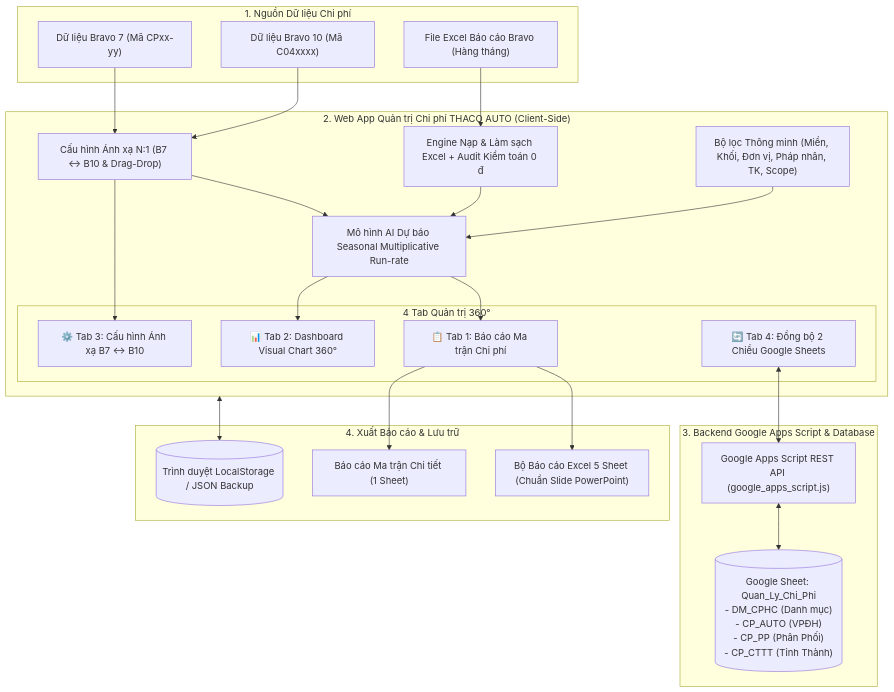
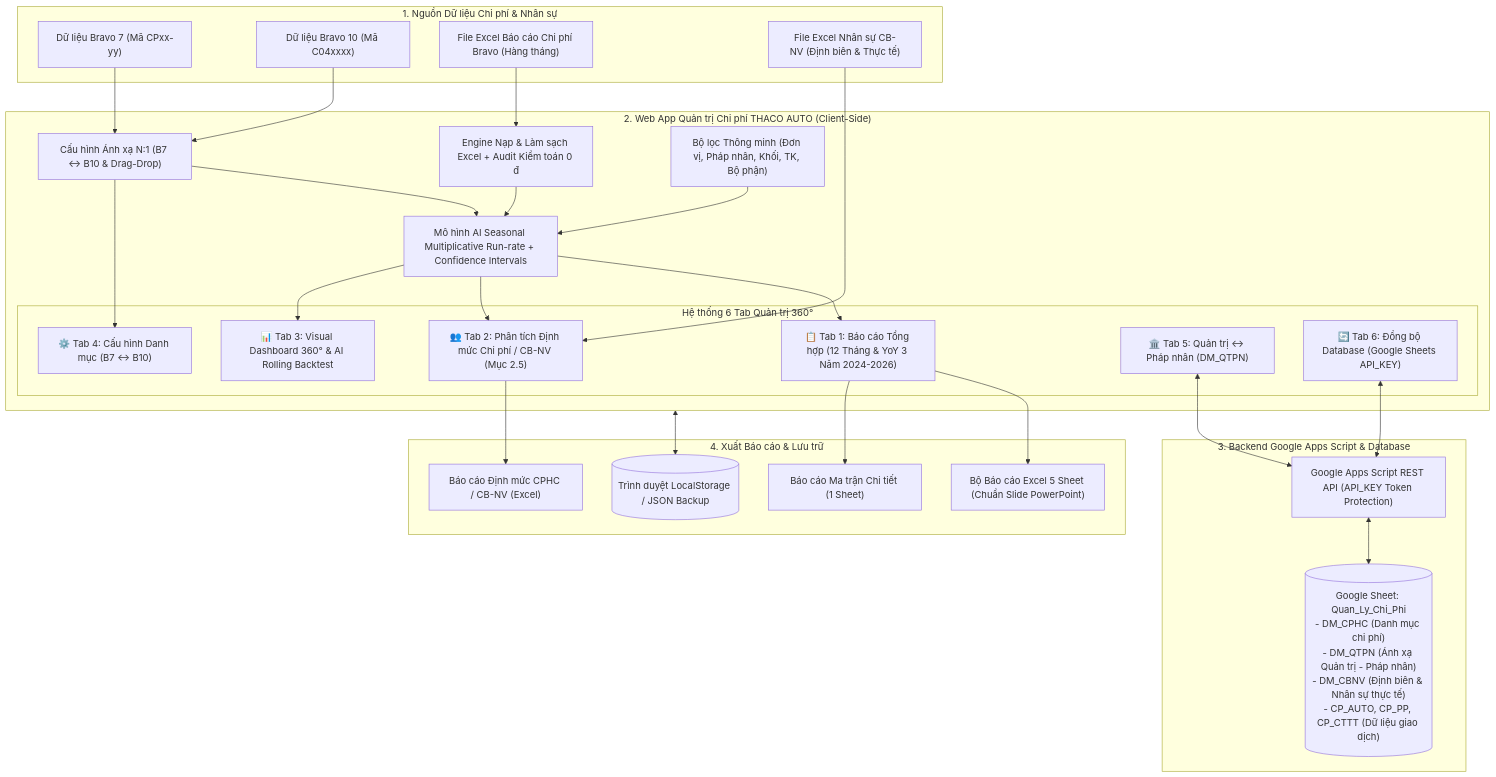
The diagram in README.md (nguyenluongminhthien-bit/qlcphc), drawn with Mermaid before and after one commit. The commit also changed other lines of this file and 6 other files, not shown here.

````diff
--- a/README.md
+++ b/README.md
@@ -10,43 +10,50 @@
 ```mermaid
 flowchart TD
-    subgraph DATA_SOURCES ["1. Nguồn Dữ liệu Chi phí"]
+    subgraph DATA_SOURCES ["1. Nguồn Dữ liệu Chi phí & Nhân sự"]
         B7["Dữ liệu Bravo 7 (Mã CPxx-yy)"]
         B10["Dữ liệu Bravo 10 (Mã C04xxxx)"]
-        EXCEL["File Excel Báo cáo Bravo (Hàng tháng)"]
+        EXCEL["File Excel Báo cáo Chi phí Bravo (Hàng tháng)"]
+        EXCEL_HR["File Excel Nhân sự CB-NV (Định biên & Thực tế)"]
     end
 
     subgraph WEB_APP ["2. Web App Quản trị Chi phí THACO AUTO (Client-Side)"]
         PARSER["Engine Nạp & Làm sạch Excel + Audit Kiểm toán 0 đ"]
         MAPPING["Cấu hình Ánh xạ N:1 (B7 ↔ B10 & Drag-Drop)"]
-        SLICERS["Bộ lọc Thông minh (Miền, Khối, Đơn vị, Pháp nhân, TK, Scope)"]
-        ENGINE["Mô hình AI Dự báo Seasonal Multiplicative Run-rate"]
+        SLICERS["Bộ lọc Thông minh (Đơn vị, Pháp nhân, Khối, TK, Bộ phận)"]
+        ENGINE["Mô hình AI Seasonal Multiplicative Run-rate + Confidence Intervals"]
 
-        subgraph TABS ["4 Tab Quản trị 360°"]
-            T1["📋 Tab 1: Báo cáo Ma trận Chi phí"]
-            T2["📊 Tab 2: Dashboard Visual Chart 360°"]
-            T3["⚙️ Tab 3: Cấu hình Ánh xạ B7 ↔ B10"]
-            T4["🔄 Tab 4: Đồng bộ 2 Chiều Google Sheets"]
+        subgraph TABS ["Hệ thống 6 Tab Quản trị 360°"]
+            T1["📋 Tab 1: Báo cáo Tổng hợp (12 Tháng & YoY 3 Năm 2024-2026)"]
+            T2["👥 Tab 2: Phân tích Định mức Chi phí / CB-NV (Mục 2.5)"]
+            T3["📊 Tab 3: Visual Dashboard 360° & AI Rolling Backtest"]
+            T4["⚙️ Tab 4: Cấu hình Danh mục (B7 ↔ B10)"]
+            T5["🏛️ Tab 5: Quản trị ↔ Pháp nhân (DM_QTPN)"]
+            T6["🔄 Tab 6: Đồng bộ Database (Google Sheets API_KEY)"]
         end
     end
 
     subgraph BACKEND ["3. Backend Google Apps Script & Database"]
-        GAS["Google Apps Script REST API (google_apps_script.js)"]
-        GSHEET[("Google Sheet: Quan_Ly_Chi_Phi\n- DM_CPHC (Danh mục)\n- CP_AUTO (VPĐH)\n- CP_PP (Phân Phối)\n- CP_CTTT (Tỉnh Thành)")]
+        GAS["Google Apps Script REST API (API_KEY Token Protection)"]
+        GSHEET[("Google Sheet: Quan_Ly_Chi_Phi\n- DM_CPHC (Danh mục chi phí)\n- DM_QTPN (Ánh xạ Quản trị - Pháp nhân)\n- DM_CBNV (Định biên & Nhân sự thực tế)\n- CP_AUTO, CP_PP, CP_CTTT (Dữ liệu giao dịch)")]
     end
 
     subgraph OUTPUTS ["4. Xuất Báo cáo & Lưu trữ"]
         PPTX_EXCEL["Bộ Báo cáo Excel 5 Sheet (Chuẩn Slide PowerPoint)"]
+        CBNV_EXCEL["Báo cáo Định mức CPHC / CB-NV (Excel)"]
         MATRIX_EXCEL["Báo cáo Ma trận Chi tiết (1 Sheet)"]
         LOCAL_STORAGE[("Trình duyệt LocalStorage / JSON Backup")]
     end
 
     EXCEL --> PARSER
+    EXCEL_HR --> T2
     B7 & B10 --> MAPPING
     PARSER & MAPPING & SLICERS --> ENGINE
-    ENGINE --> T1 & T2
-    MAPPING --> T3
-    T4 <--> GAS
+    ENGINE --> T1 & T2 & T3
+    MAPPING --> T4
+    T5 <--> GAS
+    T6 <--> GAS
     GAS <--> GSHEET
     WEB_APP <--> LOCAL_STORAGE
     T1 --> PPTX_EXCEL & MATRIX_EXCEL
+    T2 --> CBNV_EXCEL
 ```
````
